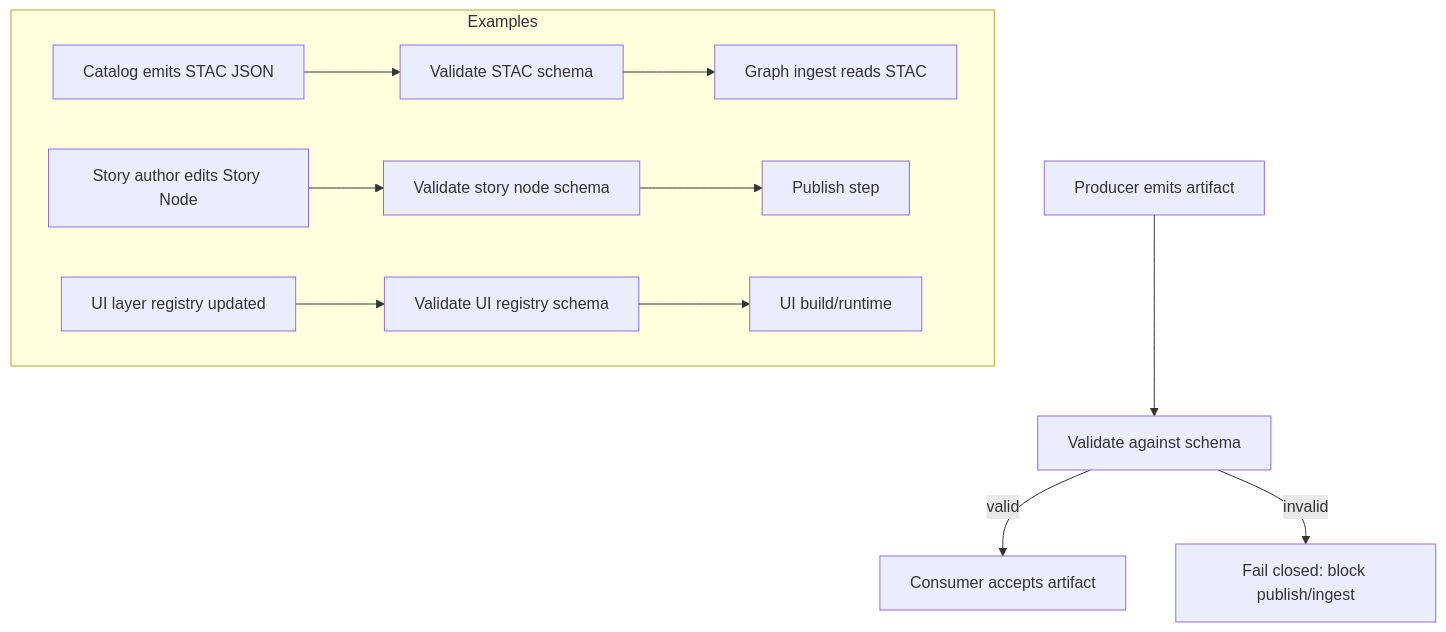
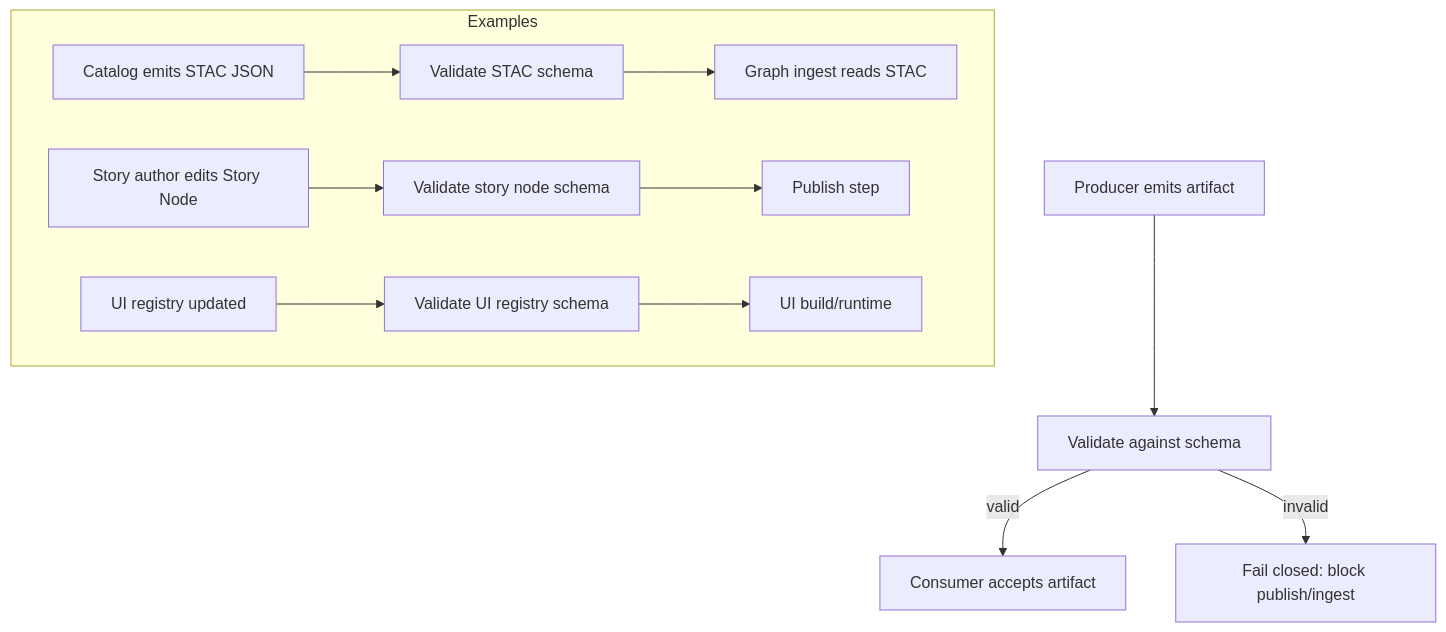
Before and after one commit to bartytime4life/Kansas-Frontier-Matrix: the second of 2 diagrams in schemas/README.md, drawn with Mermaid. The commit also changed other lines of this file, not shown here.

First line of the commit message:
Revise README for schema registry clarity and governance

```diff
--- a/schemas/README.md
+++ b/schemas/README.md
@@ -234,12 +232,12 @@
 ~~~mermaid
 flowchart TB
   P1[Producer emits artifact] --> V1[Validate against schema]
   V1 -->|valid| C1[Consumer accepts artifact]
   V1 -->|invalid| F1[Fail closed: block publish/ingest]
 
   subgraph Examples
     X1[Catalog emits STAC JSON] --> X2[Validate STAC schema] --> X3[Graph ingest reads STAC]
     Y1[Story author edits Story Node] --> Y2[Validate story node schema] --> Y3[Publish step]
-    Z1[UI layer registry updated] --> Z2[Validate UI registry schema] --> Z3[UI build/runtime]
+    Z1[UI registry updated] --> Z2[Validate UI registry schema] --> Z3[UI build/runtime]
   end
 ~~~
```
